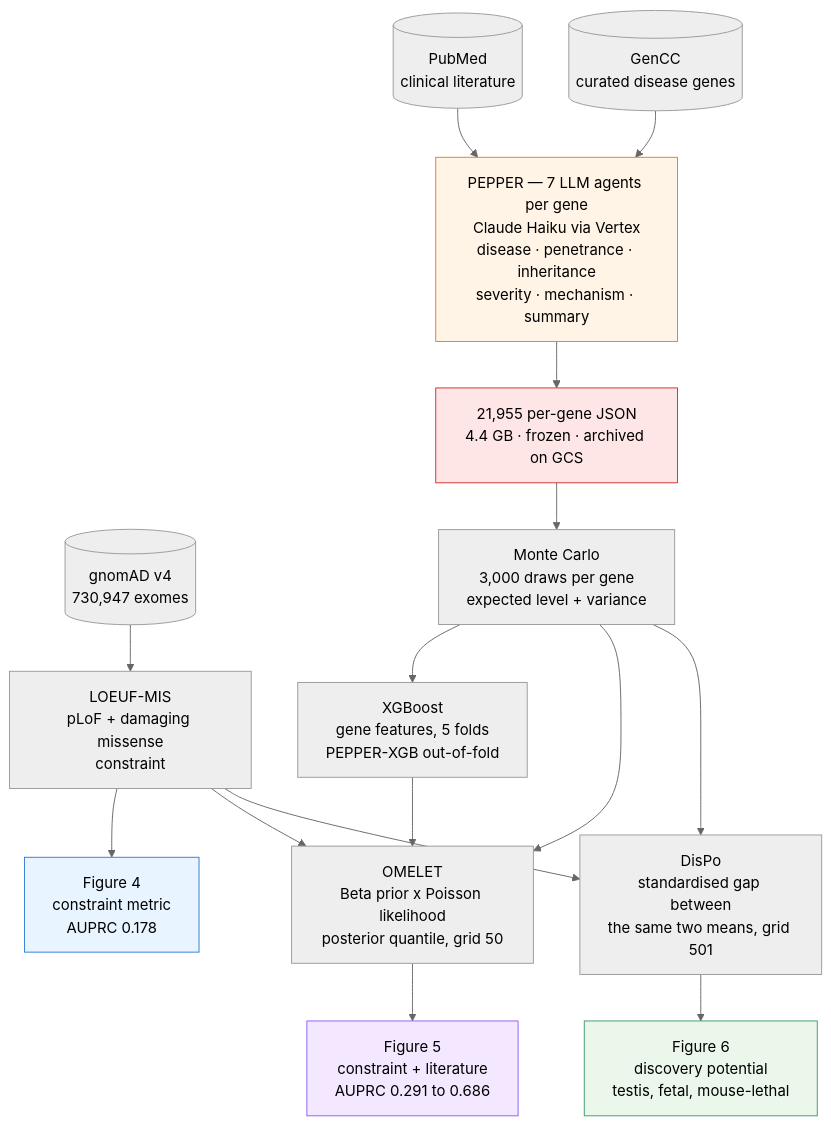
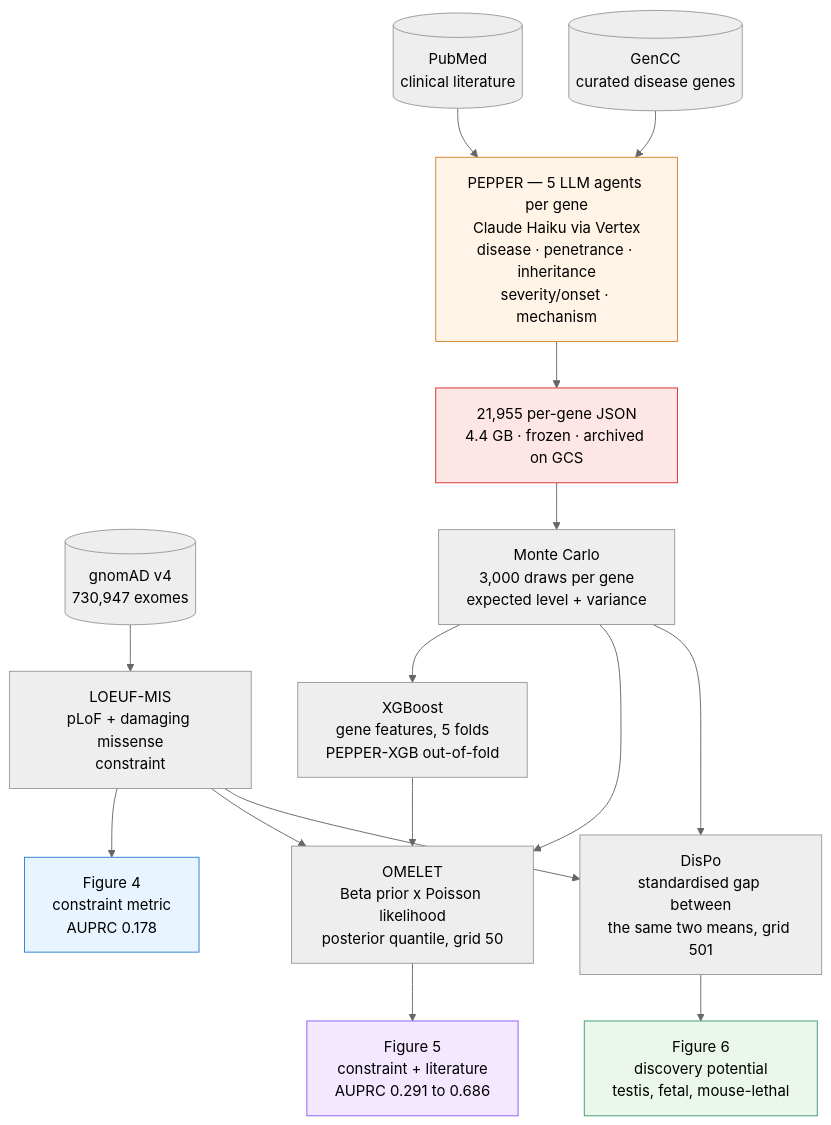
The diagram in README.md (atgu/gnomAD_v4_flagship_paper), drawn with Mermaid (neutral theme) before and after one commit. The commit also changed other lines of this file, not shown here.

First line of the commit message:
Describe PEPPER with the five agents the paper presents

````diff
--- a/README.md
+++ b/README.md
@@ -172,32 +171,32 @@
 ```mermaid
 flowchart TD
     GN[("gnomAD v4<br/>730,947 exomes")]
     LIT[("PubMed<br/>clinical literature")]
     GC[("GenCC<br/>curated disease genes")]
 
     GN --> LM["LOEUF-MIS<br/>pLoF + damaging missense<br/>constraint"]
     LM --> F4["Figure 4<br/>constraint metric<br/>AUPRC 0.178"]
 
-    LIT --> AG["PEPPER — 7 LLM agents per gene<br/>Claude Haiku via Vertex<br/>disease · penetrance · inheritance<br/>severity · mechanism · summary"]
+    LIT --> AG["PEPPER — 5 LLM agents per gene<br/>Claude Haiku via Vertex<br/>disease · penetrance · inheritance<br/>severity/onset · mechanism"]
     GC --> AG
     AG --> JS["21,955 per-gene JSON<br/>4.4 GB · frozen · archived on GCS"]
 
     JS --> MC["Monte Carlo<br/>3,000 draws per gene<br/>expected level + variance"]
 
     MC --> XG["XGBoost<br/>gene features, 5 folds<br/>PEPPER-XGB out-of-fold"]
 
     MC --> OM["OMELET<br/>Beta prior x Poisson likelihood<br/>posterior quantile, grid 50"]
     XG --> OM
     LM --> OM
     OM --> F5["Figure 5<br/>constraint + literature<br/>AUPRC 0.291 to 0.686"]
 
     MC --> DP["DisPo<br/>standardised gap between<br/>the same two means, grid 501"]
     LM --> DP
     DP --> F6["Figure 6<br/>discovery potential<br/>testis, fetal, mouse-lethal"]
 
     style AG fill:#fff4e6,stroke:#d9822b
     style JS fill:#ffe6e6,stroke:#d92b2b
     style F4 fill:#e8f4ff,stroke:#2b7cd9
     style F5 fill:#f3e8ff,stroke:#8b5cf6
     style F6 fill:#eaf7ea,stroke:#3d9970
 ```
````
